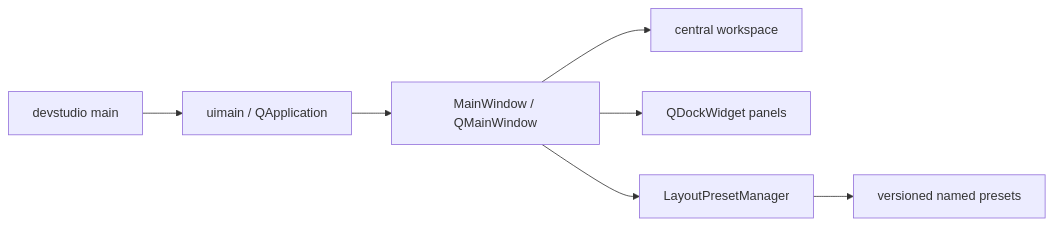
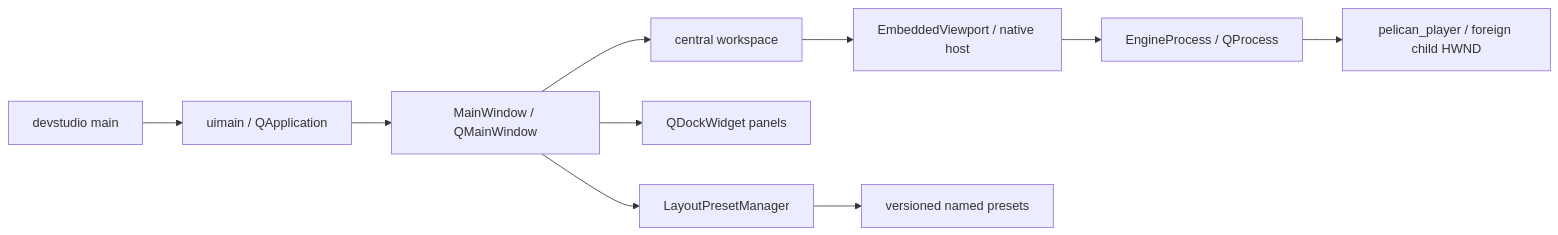
The diagram in docs/source-code-guide/07_tools_rpc_tests.md (pelican-games/peligraph), drawn with Mermaid before and after one commit. The commit also changed other lines of this file and 20 other files, not shown here.

````diff
--- a/docs/source-code-guide/07_tools_rpc_tests.md
+++ b/docs/source-code-guide/07_tools_rpc_tests.md
@@ -176,9 +176,12 @@
 ```mermaid
 flowchart LR
     Main["devstudio main"] --> UI["uimain / QApplication"]
     UI --> Window["MainWindow / QMainWindow"]
     Window --> Workspace["central workspace"]
+    Workspace --> Viewport["EmbeddedViewport / native host"]
+    Viewport --> Process["EngineProcess / QProcess"]
+    Process --> Player["pelican_player / foreign child HWND"]
     Window --> Docks["QDockWidget panels"]
     Window --> Layout["LayoutPresetManager"]
     Layout --> Files["versioned named presets"]
 ```
````
